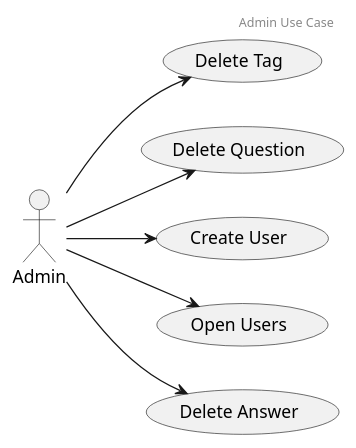
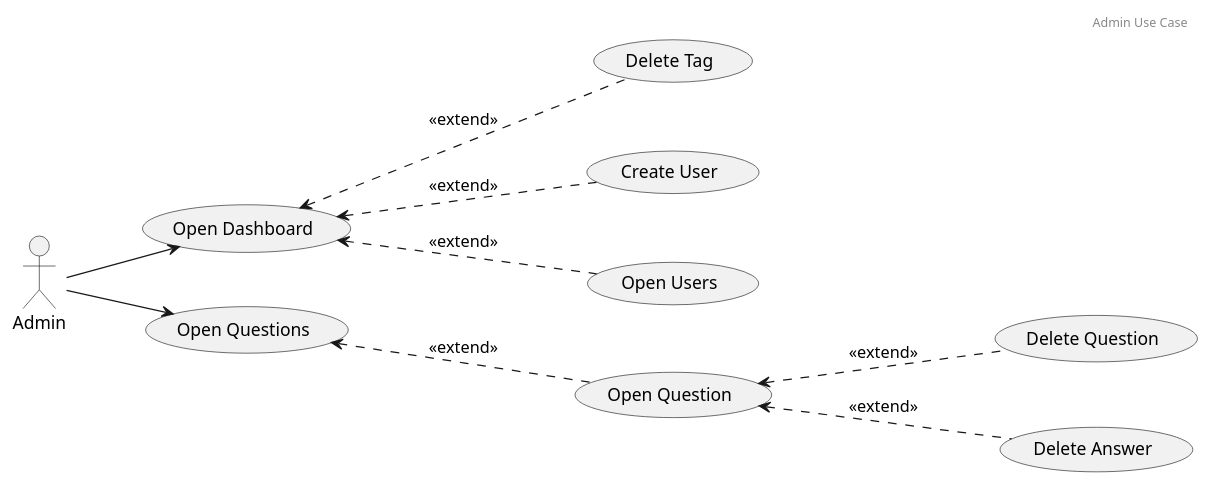
One commit to rafaelacirino/miw-backend-foro changed the diagram in src/main/resources/templates/casosDeUsoAdmin.plantuml. Above: the diagram before and after it, drawn with PlantUML. The commit also changed 30 other files, not shown here.

Commit message:
fix diagramas

```diff
--- a/src/main/resources/templates/casosDeUsoAdmin.plantuml
+++ b/src/main/resources/templates/casosDeUsoAdmin.plantuml
@@ -1,21 +1,28 @@
 @startuml
 
 header Admin Use Case
 
 actor Admin
 
 left to right direction
 
 (Delete Tag) as UC1
 (Delete Question) as UC2
 (Create User) as UC3
 (Open Users) as UC4
 (Delete Answer) as UC5
+(Open Question) as UC7
+(Open Questions) as UC11
+(Open Dashboard) as UC35
 
-Admin --> UC1
-Admin --> UC2
-Admin --> UC3
-Admin --> UC4
-Admin --> UC5
+UC7 .-up-> UC11 : <<extend>>
+UC2 .-up-> UC7 : <<extend>>
+UC5 .-up-> UC7 : <<extend>>
+UC1 .-up-> UC35 : <<extend>>
+UC3 .-up-> UC35 : <<extend>>
+UC4 .-up-> UC35 : <<extend>>
+
+Admin --> UC11
+Admin --> UC35
 
 @enduml
```
